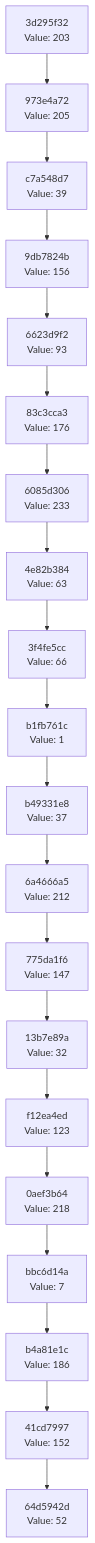
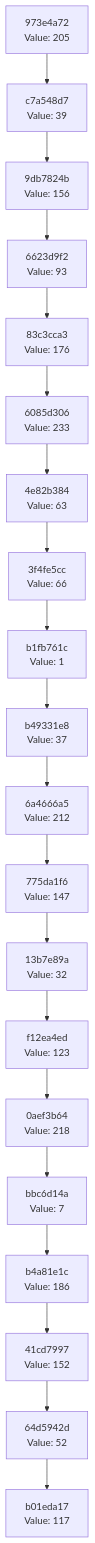
The diagram in docs/CHAIN_VISUALIZATION.md (Abhisheksinha1506/hash-chain-evolver), drawn with Mermaid before and after one commit. The commit also changed 2 other files, not shown here.

Commit message:
Evolution Step

````diff
--- a/docs/CHAIN_VISUALIZATION.md
+++ b/docs/CHAIN_VISUALIZATION.md
@@ -3,42 +3,42 @@
 ```mermaid
 graph TD
-    C0["64d5942d<br/>Value: 52"]
-    C1["41cd7997<br/>Value: 152"]
+    C0["b01eda17<br/>Value: 117"]
+    C1["64d5942d<br/>Value: 52"]
     C1 --> C0
-    C2["b4a81e1c<br/>Value: 186"]
+    C2["41cd7997<br/>Value: 152"]
     C2 --> C1
-    C3["bbc6d14a<br/>Value: 7"]
+    C3["b4a81e1c<br/>Value: 186"]
     C3 --> C2
-    C4["0aef3b64<br/>Value: 218"]
+    C4["bbc6d14a<br/>Value: 7"]
     C4 --> C3
-    C5["f12ea4ed<br/>Value: 123"]
+    C5["0aef3b64<br/>Value: 218"]
     C5 --> C4
-    C6["13b7e89a<br/>Value: 32"]
+    C6["f12ea4ed<br/>Value: 123"]
     C6 --> C5
-    C7["775da1f6<br/>Value: 147"]
+    C7["13b7e89a<br/>Value: 32"]
     C7 --> C6
-    C8["6a4666a5<br/>Value: 212"]
+    C8["775da1f6<br/>Value: 147"]
     C8 --> C7
-    C9["b49331e8<br/>Value: 37"]
+    C9["6a4666a5<br/>Value: 212"]
     C9 --> C8
-    C10["b1fb761c<br/>Value: 1"]
+    C10["b49331e8<br/>Value: 37"]
     C10 --> C9
-    C11["3f4fe5cc<br/>Value: 66"]
+    C11["b1fb761c<br/>Value: 1"]
     C11 --> C10
-    C12["4e82b384<br/>Value: 63"]
+    C12["3f4fe5cc<br/>Value: 66"]
     C12 --> C11
-    C13["6085d306<br/>Value: 233"]
+    C13["4e82b384<br/>Value: 63"]
     C13 --> C12
-    C14["83c3cca3<br/>Value: 176"]
+    C14["6085d306<br/>Value: 233"]
     C14 --> C13
-    C15["6623d9f2<br/>Value: 93"]
+    C15["83c3cca3<br/>Value: 176"]
     C15 --> C14
-    C16["9db7824b<br/>Value: 156"]
+    C16["6623d9f2<br/>Value: 93"]
     C16 --> C15
-    C17["c7a548d7<br/>Value: 39"]
+    C17["9db7824b<br/>Value: 156"]
     C17 --> C16
-    C18["973e4a72<br/>Value: 205"]
+    C18["c7a548d7<br/>Value: 39"]
     C18 --> C17
-    C19["3d295f32<br/>Value: 203"]
+    C19["973e4a72<br/>Value: 205"]
     C19 --> C18
 ```
````
